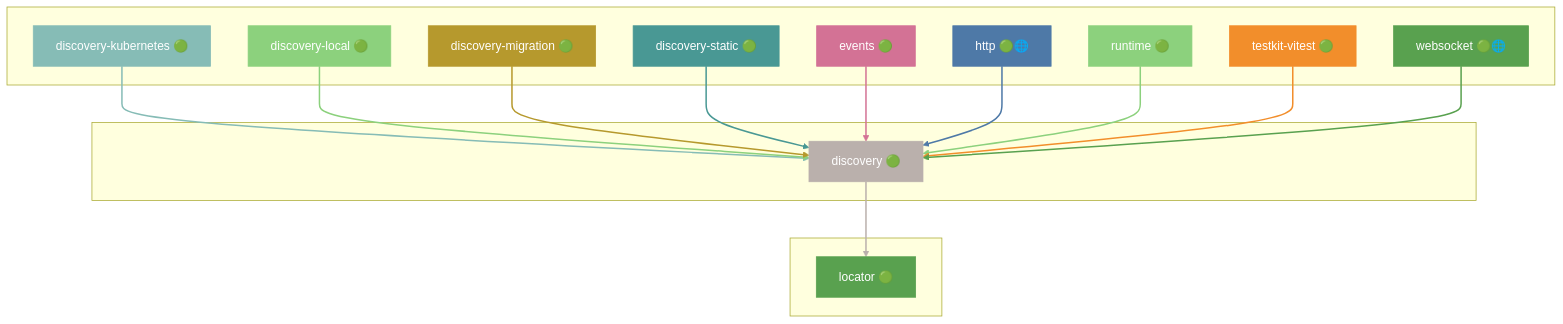
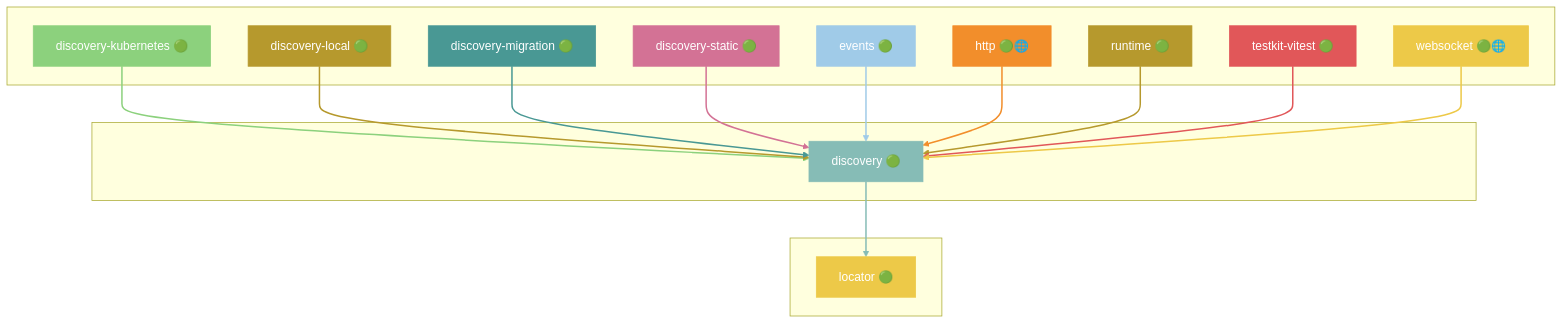
Before and after one commit to grest-ts/grest-ts: diagram 12 of 43 in docs/DEPENDENCIES.md, drawn with Mermaid. The commit also changed other lines of this file and 14 other files, not shown here.

````diff
--- a/docs/DEPENDENCIES.md
+++ b/docs/DEPENDENCIES.md
@@ -691,51 +733,51 @@
 ```mermaid
 flowchart TB
     subgraph Dependents[" "]
         discovery-kubernetes["discovery-kubernetes 🟢"]
         discovery-local["discovery-local 🟢"]
         discovery-migration["discovery-migration 🟢"]
         discovery-static["discovery-static 🟢"]
         events["events 🟢"]
         http["http 🟢🌐"]
         runtime["runtime 🟢"]
         testkit-vitest["testkit-vitest 🟢"]
         websocket["websocket 🟢🌐"]
     end
     subgraph Package[" "]
         discovery["discovery 🟢"]
     end
     subgraph Dependencies[" "]
         locator["locator 🟢"]
     end
     discovery-kubernetes --> discovery
     discovery-local --> discovery
     discovery-migration --> discovery
     discovery-static --> discovery
     events --> discovery
     http --> discovery
     runtime --> discovery
     testkit-vitest --> discovery
     websocket --> discovery
     discovery --> locator
-    style discovery fill:#BAB0AC,stroke:#BAB0AC,color:#fff
-    style discovery-kubernetes fill:#86BCB6,stroke:#86BCB6,color:#fff
-    style discovery-local fill:#8CD17D,stroke:#8CD17D,color:#fff
-    style discovery-migration fill:#B6992D,stroke:#B6992D,color:#fff
-    style discovery-static fill:#499894,stroke:#499894,color:#fff
-    style events fill:#D37295,stroke:#D37295,color:#fff
-    style http fill:#4E79A7,stroke:#4E79A7,color:#fff
-    style runtime fill:#8CD17D,stroke:#8CD17D,color:#fff
-    style testkit-vitest fill:#F28E2B,stroke:#F28E2B,color:#fff
-    style websocket fill:#59A14F,stroke:#59A14F,color:#fff
-    style locator fill:#59A14F,stroke:#59A14F,color:#fff
-    linkStyle 0 stroke:#86BCB6,stroke-width:2px
-    linkStyle 1 stroke:#8CD17D,stroke-width:2px
-    linkStyle 2 stroke:#B6992D,stroke-width:2px
-    linkStyle 3 stroke:#499894,stroke-width:2px
-    linkStyle 4 stroke:#D37295,stroke-width:2px
-    linkStyle 5 stroke:#4E79A7,stroke-width:2px
-    linkStyle 6 stroke:#8CD17D,stroke-width:2px
-    linkStyle 7 stroke:#F28E2B,stroke-width:2px
-    linkStyle 8 stroke:#59A14F,stroke-width:2px
-    linkStyle 9 stroke:#BAB0AC,stroke-width:2px
+    style discovery fill:#86BCB6,stroke:#86BCB6,color:#fff
+    style discovery-kubernetes fill:#8CD17D,stroke:#8CD17D,color:#fff
+    style discovery-local fill:#B6992D,stroke:#B6992D,color:#fff
+    style discovery-migration fill:#499894,stroke:#499894,color:#fff
+    style discovery-static fill:#D37295,stroke:#D37295,color:#fff
+    style events fill:#A0CBE8,stroke:#A0CBE8,color:#fff
+    style http fill:#F28E2B,stroke:#F28E2B,color:#fff
+    style runtime fill:#B6992D,stroke:#B6992D,color:#fff
+    style testkit-vitest fill:#E15759,stroke:#E15759,color:#fff
+    style websocket fill:#EDC948,stroke:#EDC948,color:#fff
+    style locator fill:#EDC948,stroke:#EDC948,color:#fff
+    linkStyle 0 stroke:#8CD17D,stroke-width:2px
+    linkStyle 1 stroke:#B6992D,stroke-width:2px
+    linkStyle 2 stroke:#499894,stroke-width:2px
+    linkStyle 3 stroke:#D37295,stroke-width:2px
+    linkStyle 4 stroke:#A0CBE8,stroke-width:2px
+    linkStyle 5 stroke:#F28E2B,stroke-width:2px
+    linkStyle 6 stroke:#B6992D,stroke-width:2px
+    linkStyle 7 stroke:#E15759,stroke-width:2px
+    linkStyle 8 stroke:#EDC948,stroke-width:2px
+    linkStyle 9 stroke:#86BCB6,stroke-width:2px
 ```
````
